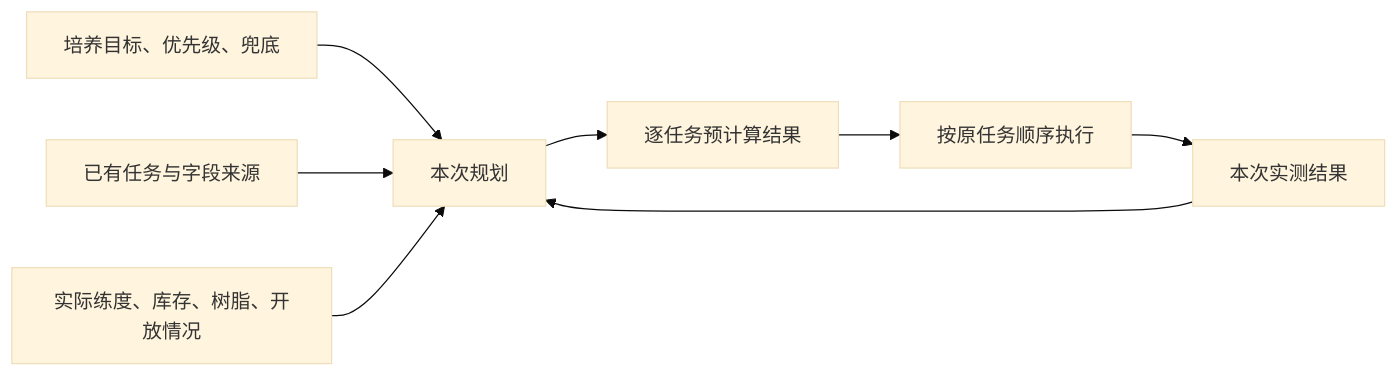
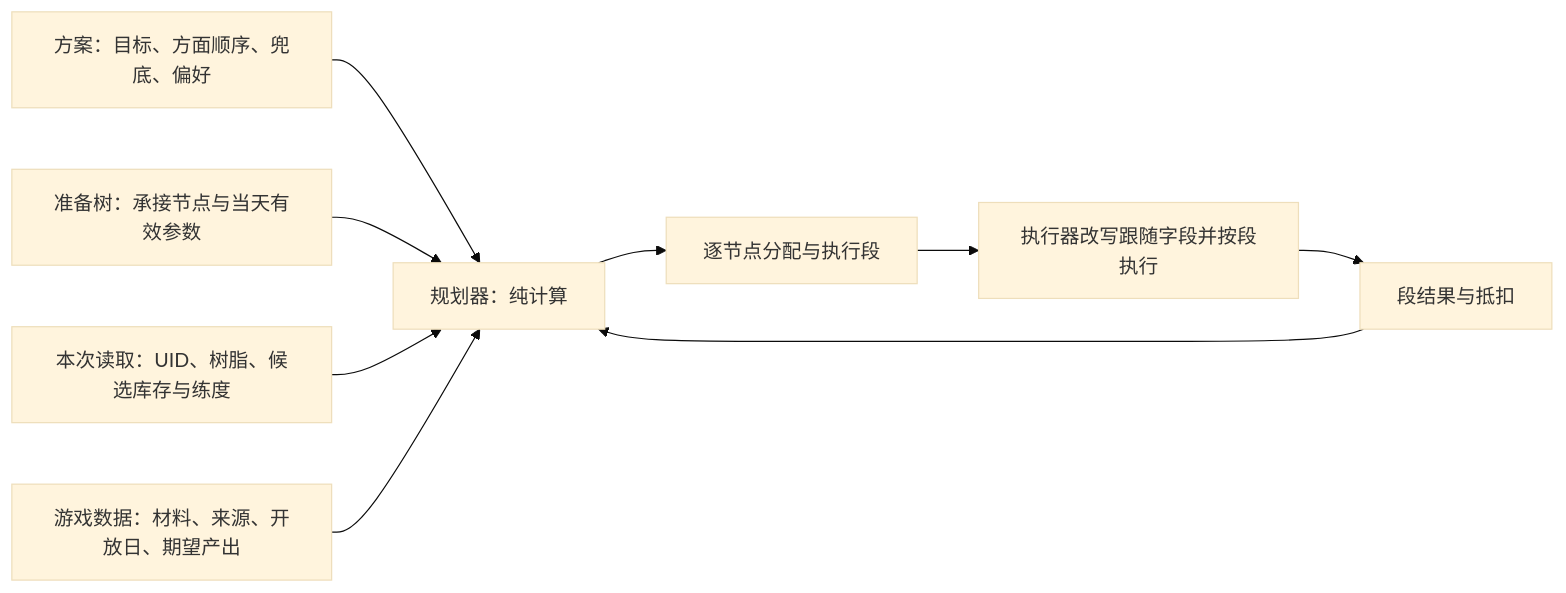
Before and after one commit to babalae/better-genshin-impact: the first of 4 diagrams in Docs/design/pulonia/proposals/resin-plan.md, drawn with Mermaid (base theme). The commit also changed other lines of this file and 127 other files, not shown here.

````diff
--- a/Docs/design/pulonia/proposals/resin-plan.md
+++ b/Docs/design/pulonia/proposals/resin-plan.md
@@ -77,10 +50,11 @@
 ```mermaid
 flowchart LR
-    A[培养目标、优先级、兜底] --> D[本次规划]
-    B[已有任务与字段来源] --> D
-    C[实际练度、库存、树脂、开放情况] --> D
-    D --> E[逐任务预计算结果]
-    E --> F[按原任务顺序执行]
-    F --> G[本次实测结果]
-    G --> D
+    A[方案：目标、方面顺序、兜底、偏好] --> P[规划器：纯计算]
+    B[准备树：承接节点与当天有效参数] --> P
+    C[本次读取：UID、树脂、候选库存与练度] --> P
+    D[游戏数据：材料、来源、开放日、期望产出] --> P
+    P --> E[逐节点分配与执行段]
+    E --> F[执行器改写跟随字段并按段执行]
+    F --> G[段结果与抵扣]
+    G --> P
 ```
````
